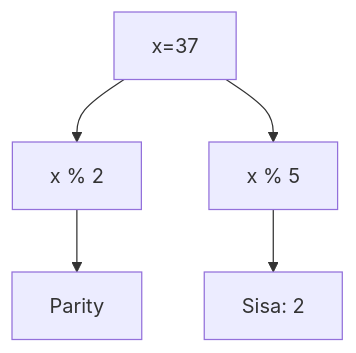
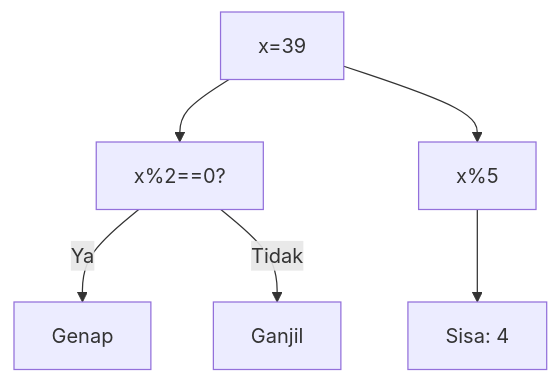
One commit to amnahwaida/OSNK_INF_PREP changed diagram 20 of 25 in part-c-pemahaman-cpp/04-fungsi/latihan/set-04.md. Above: the diagram before and after it, drawn with Mermaid. The commit also changed other lines of this file and 71 other files, not shown here.

Commit message:
Fixed Mermaid syntax lexical errors with quoted labels in 1,800 questions

````diff
--- a/part-c-pemahaman-cpp/04-fungsi/latihan/set-04.md
+++ b/part-c-pemahaman-cpp/04-fungsi/latihan/set-04.md
@@ -530,7 +626,8 @@
 ```mermaid
 graph TD
-A[x=37] --> B[x % 2]
-B --> C[Parity]
-A --> D[x % 5]
-D --> E[Sisa: 2]
+A["x=39"] --> B["x%2==0?"]
+B -- Ya --> C["Genap"]
+B -- Tidak --> D["Ganjil"]
+A --> E["x%5"]
+E --> F["Sisa: 4"]
 ```
````
